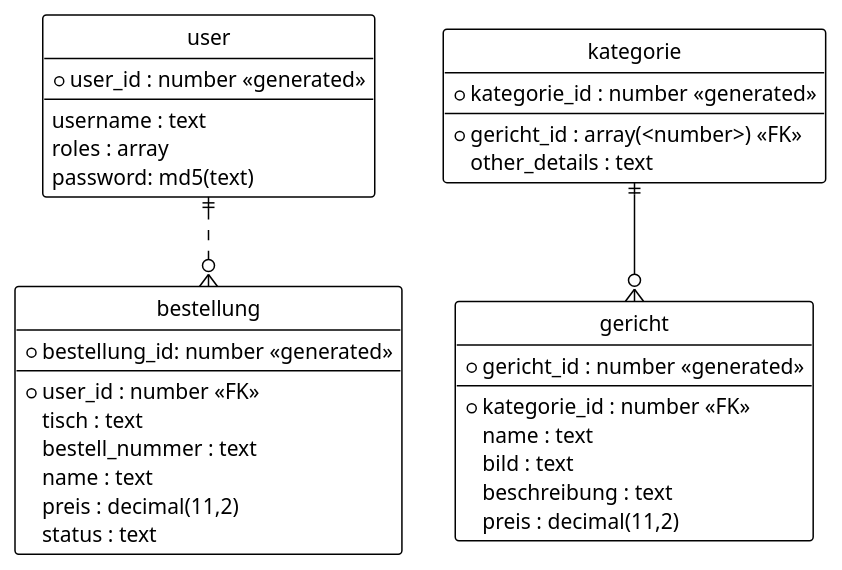
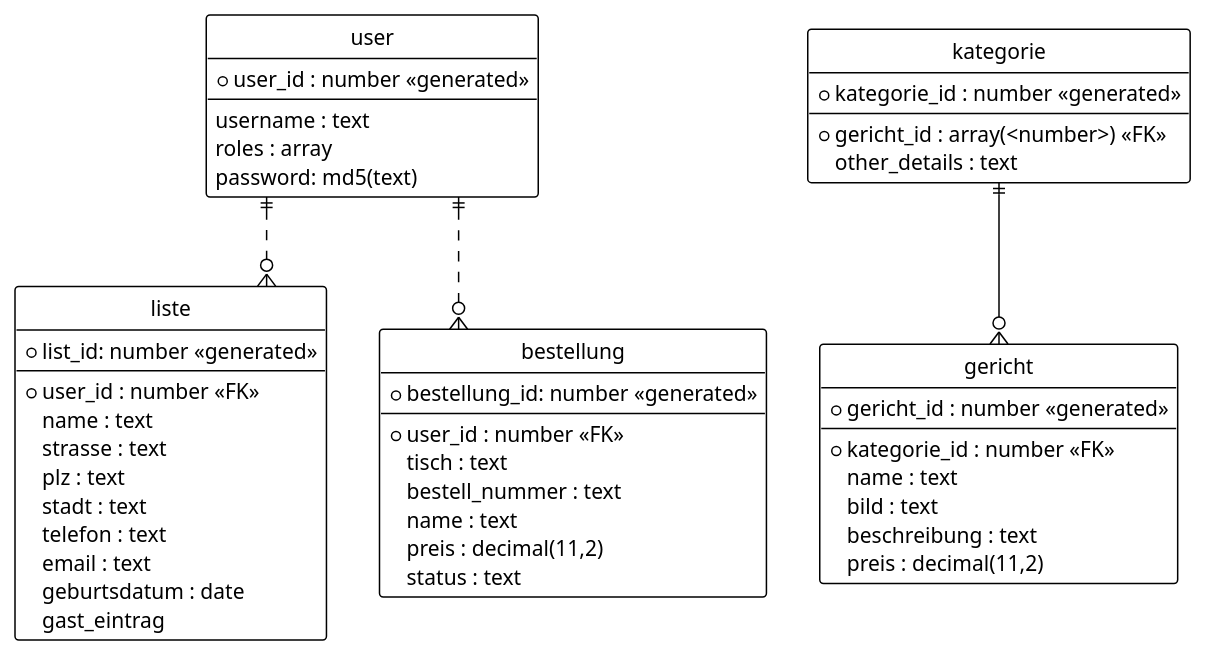
The diagram in public/doc/ERD.plantuml (tonisun/menu), drawn with PlantUML before and after one commit.

Commit message:
chng ERD add liste entity

```diff
--- a/public/doc/ERD.plantuml
+++ b/public/doc/ERD.plantuml
@@ -1,49 +1,64 @@
 @startuml
 ' hide the spot
 hide circle
 
 ' avoid problems with angled crows feet
 skinparam linetype ortho
 
 ' !theme _none_
 !theme plain
 
 entity "user" as eU {
   *user_id : number <<generated>>
   --
   username : text
   roles : array
   password: md5(text)
+}
+
+entity "liste" as eL {
+  *list_id: number <<generated>>
+  --
+  *user_id : number <<FK>>
+  name : text
+  strasse : text
+  plz : text
+  stadt : text
+  telefon : text
+  email : text
+  geburtsdatum : date
+  gast_eintrag
 }
 
 entity "bestellung" as eB {
   *bestellung_id: number <<generated>>
   --
   *user_id : number <<FK>>
   tisch : text
   bestell_nummer : text
   name : text
   preis : decimal(11,2)
   status : text
 }
 
 entity "kategorie" as eK {
   *kategorie_id : number <<generated>>
   --
   *gericht_id : array(<number>) <<FK>>
   other_details : text
 }
 
 entity "gericht" as eG {
   *gericht_id : number <<generated>>
   --
   *kategorie_id : number <<FK>>
   name : text
   bild : text
   beschreibung : text
   preis : decimal(11,2)
-}
+} 
 
+eU ||..o{eL
 eU ||..o{eB
 eK ||--o{ eG
 @enduml
```
